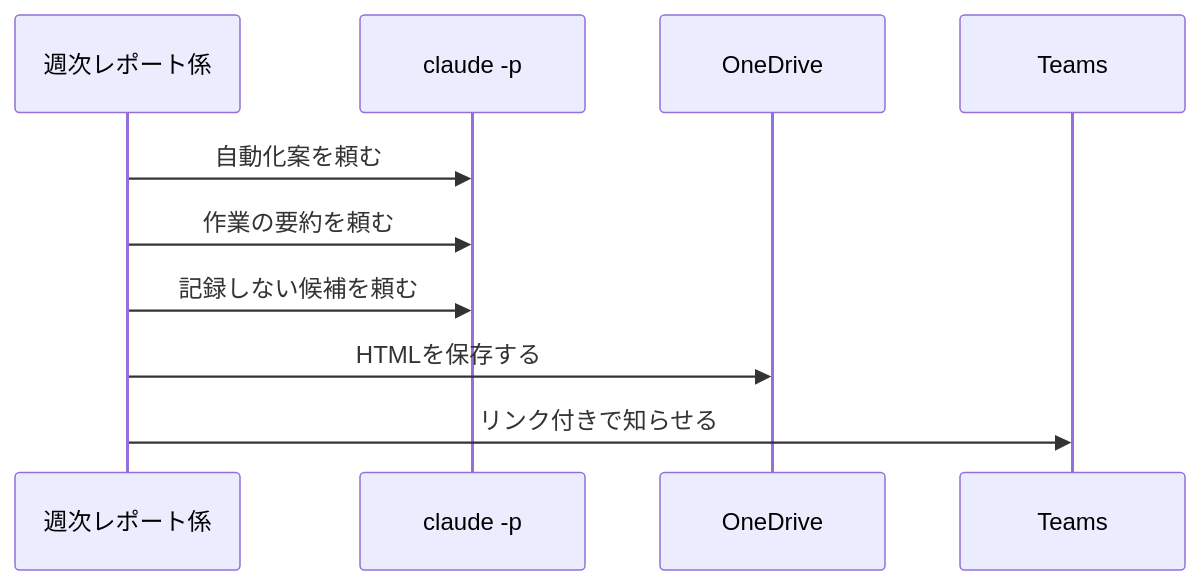
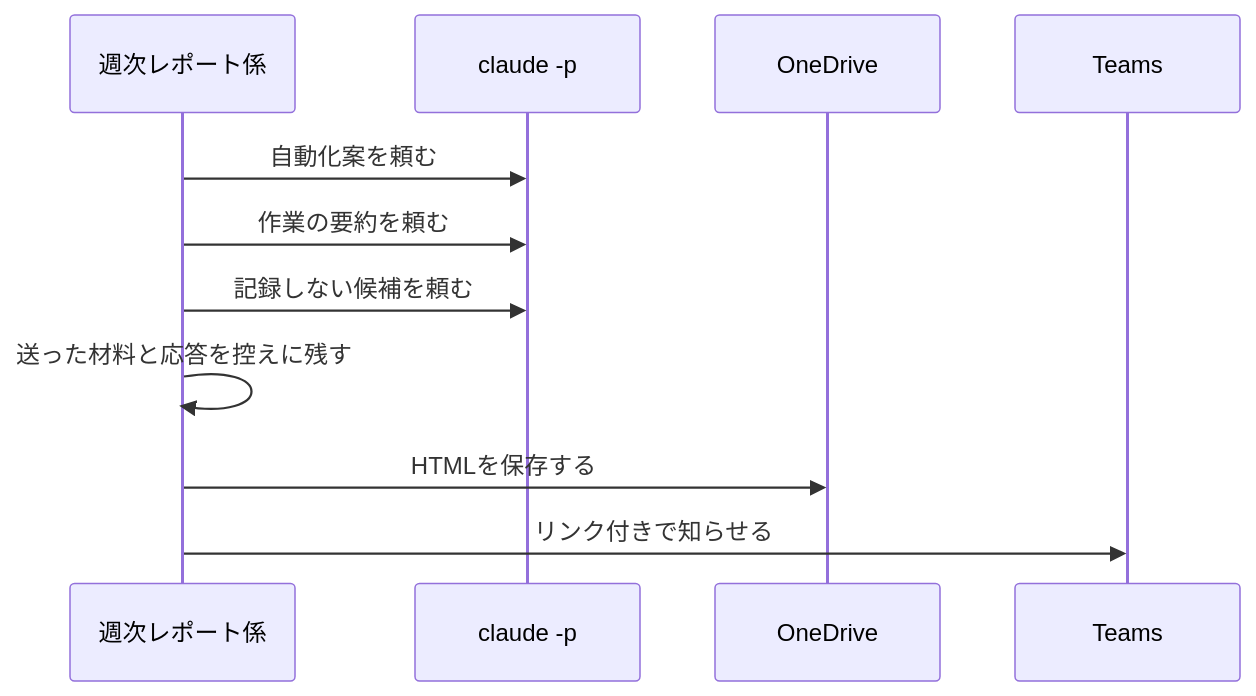
The second of 12 diagrams in apps/routine-work-finder/specs/weekly-automation-report/design.md (dnode-ryosuke-yamazaki/study), drawn with Mermaid before and after one commit. The commit also changed other lines of this file and 4 other files, not shown here.

````diff
--- a/apps/routine-work-finder/specs/weekly-automation-report/design.md
+++ b/apps/routine-work-finder/specs/weekly-automation-report/design.md
@@ -115,12 +118,13 @@
 ```mermaid
 sequenceDiagram
     participant W as 週次レポート係
     participant C as claude -p
     participant O as OneDrive
     participant T as Teams
     W->>C: 自動化案を頼む
     W->>C: 作業の要約を頼む
     W->>C: 記録しない候補を頼む
+    W->>W: 送った材料と応答を控えに残す
     W->>O: HTMLを保存する
     W->>T: リンク付きで知らせる
 ```
````
